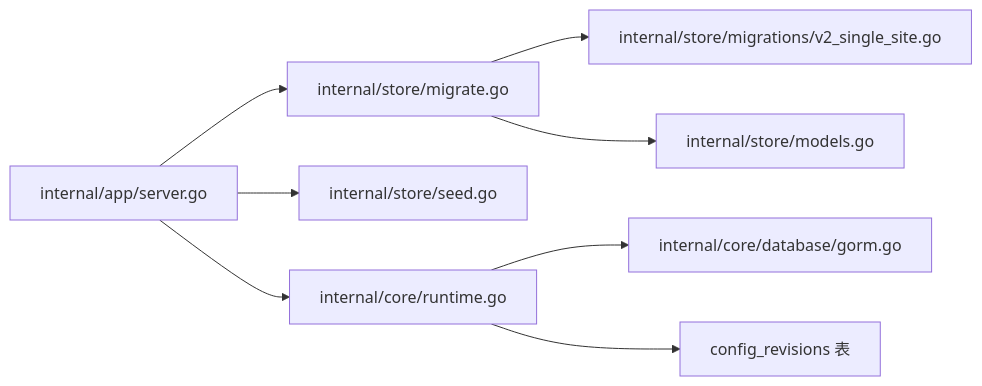
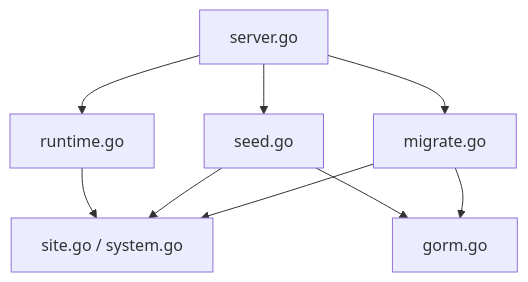
One commit to x01n/My-OpenWaf changed the seventh of 7 diagrams in docs/数据存储层/数据迁移管理.md. Above: the diagram before and after it, drawn with Mermaid. The commit also changed other lines of this file and 199 other files, not shown here.

````diff
--- a/docs/数据存储层/数据迁移管理.md
+++ b/docs/数据存储层/数据迁移管理.md
@@ -288,10 +306,11 @@
 ```mermaid
-graph LR
-Server["internal/app/server.go"] --> StoreM["internal/store/migrate.go"]
-StoreM --> MigV2["internal/store/migrations/v2_single_site.go"]
-StoreM --> Models["internal/store/models.go"]
-Server --> Seed["internal/store/seed.go"]
-Server --> RT["internal/core/runtime.go"]
-RT --> Gorm["internal/core/database/gorm.go"]
-RT --> Rev["config_revisions 表"]
+graph TB
+Server["server.go"] --> Migrate["migrate.go"]
+Server --> Seed["seed.go"]
+Migrate --> Models["site.go / system.go"]
+Seed --> Models
+Migrate --> DB["gorm.go"]
+Seed --> DB
+Server --> Runtime["runtime.go"]
+Runtime --> Models
 ```
````
